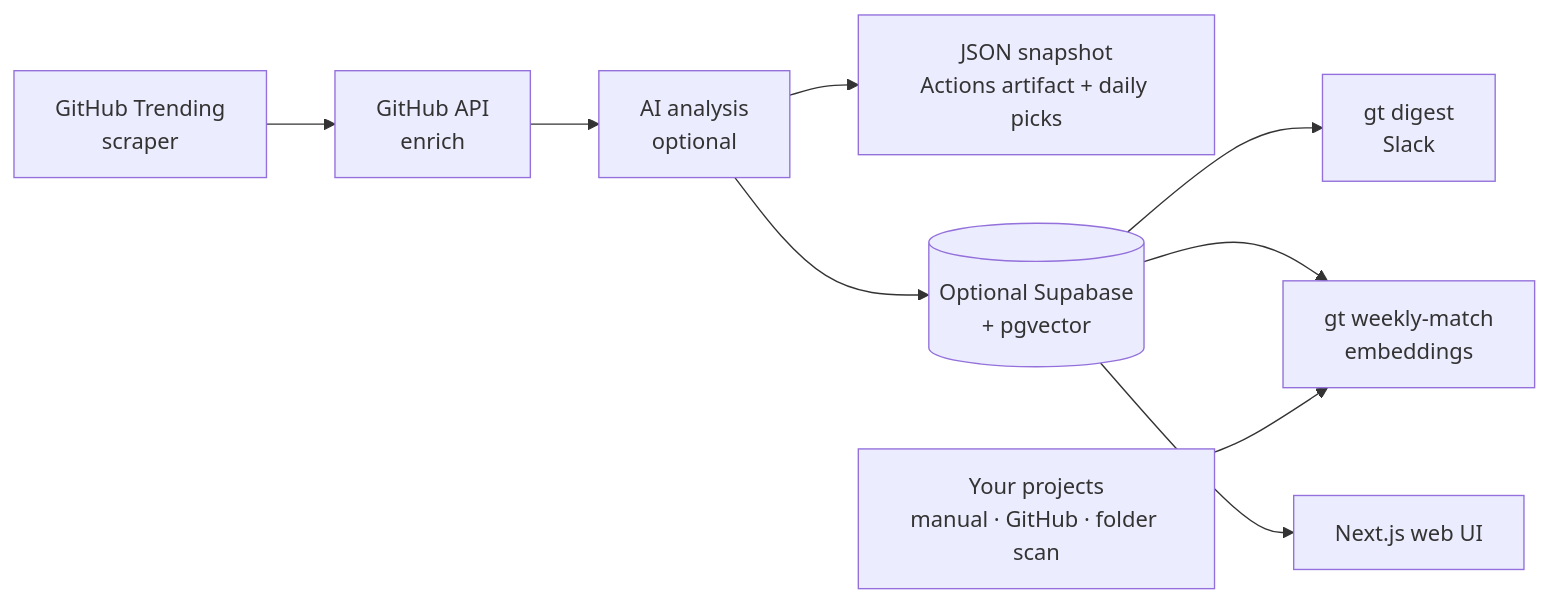
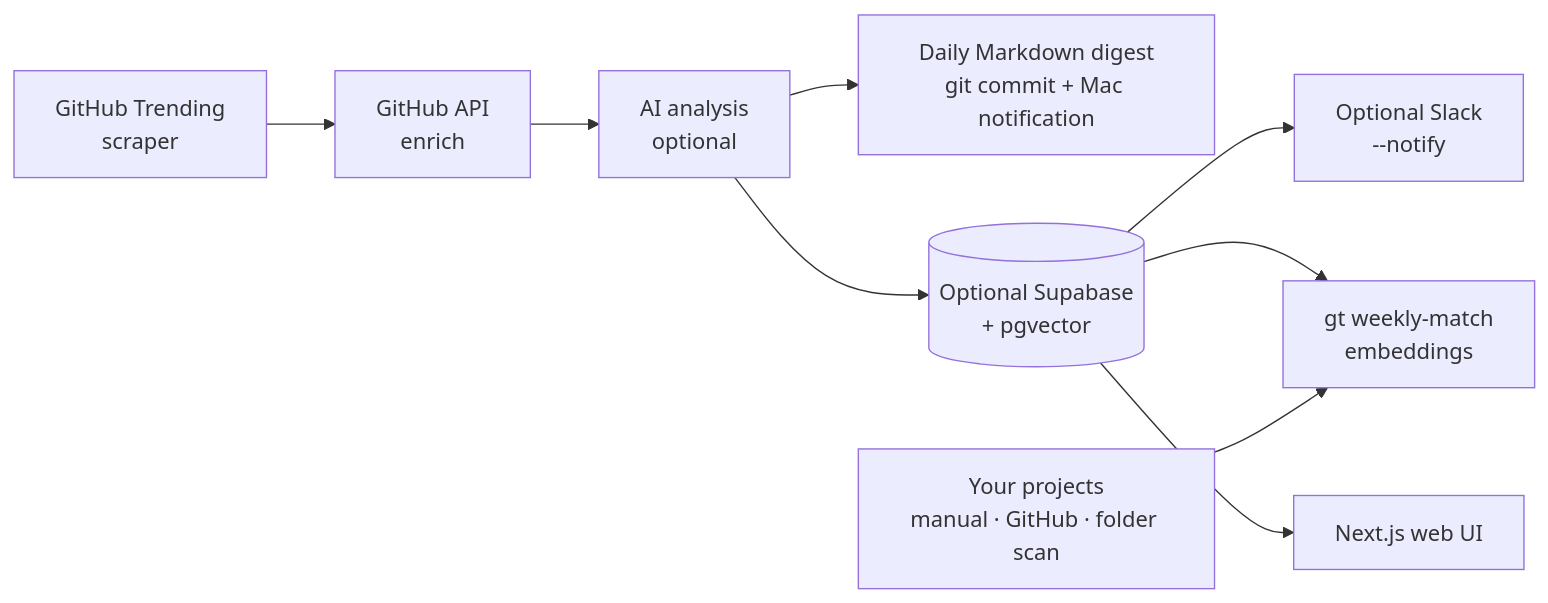
One commit to kks0488/repofit changed the diagram in README.md. Above: the diagram before and after it, drawn with Mermaid. The commit also changed other lines of this file and 11 other files, not shown here.

Commit message:
Deliver daily Markdown digests and opt-in Slack with Mac notifications

````diff
--- a/README.md
+++ b/README.md
@@ -178,11 +179,11 @@
 ```mermaid
 flowchart LR
     A[GitHub Trending<br/>scraper] --> B[GitHub API<br/>enrich]
     B --> C[AI analysis<br/>optional]
-    C --> J[JSON snapshot<br/>Actions artifact + daily picks]
+    C --> J[Daily Markdown digest<br/>git commit + Mac notification]
     C --> D[(Optional Supabase<br/>+ pgvector)]
-    D --> E[gt digest<br/>Slack]
+    D --> E[Optional Slack<br/>--notify]
     D --> F[gt weekly-match<br/>embeddings]
     G[Your projects<br/>manual · GitHub · folder scan] --> F
     D --> H[Next.js web UI]
 ```
````
